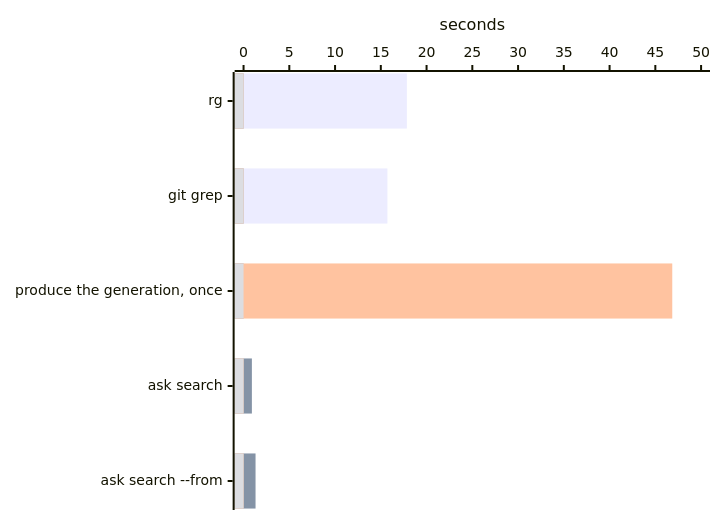
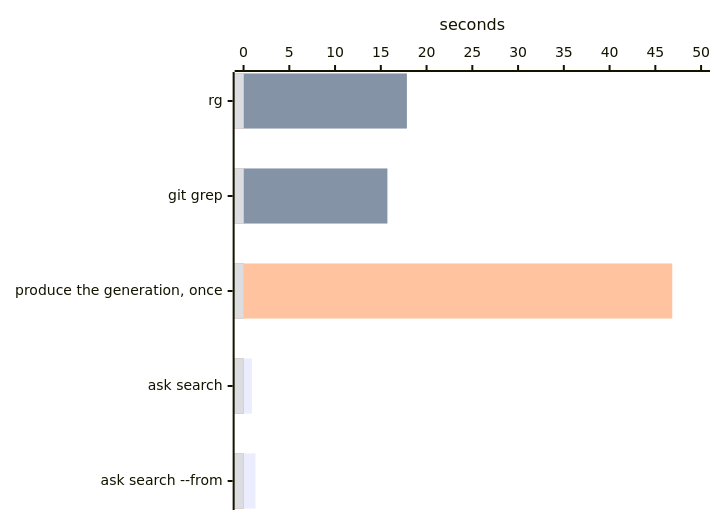
Before and after one commit to Variance-Authority/variance-authority: the diagram in docs/agent-workspace-api.md, drawn with Mermaid. The commit also changed other lines of this file and 7 other files, not shown here.

First line of the commit message:
docs: chart the figures that were tables and number runs

````diff
--- a/docs/agent-workspace-api.md
+++ b/docs/agent-workspace-api.md
@@ -75,10 +75,10 @@
 ```mermaid
 xychart-beta horizontal
   accTitle: Seconds to answer createStore in a large monorepo
   x-axis ["rg", "git grep", "produce the generation, once", "ask search", "ask search --from"]
   y-axis "seconds" 0 --> 50
+  bar [0, 0, 0, 0.91, 1.31]
   bar [17.85, 15.72, 0, 0, 0]
-  bar [0, 0, 0, 0.91, 1.31]
   bar [0, 0, 46.85, 0, 0]
   bar [0, 0, 0, 0, 0]
 ```
````
